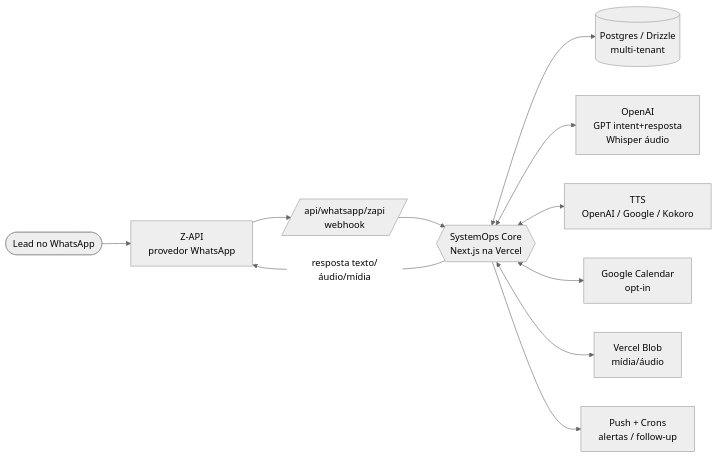
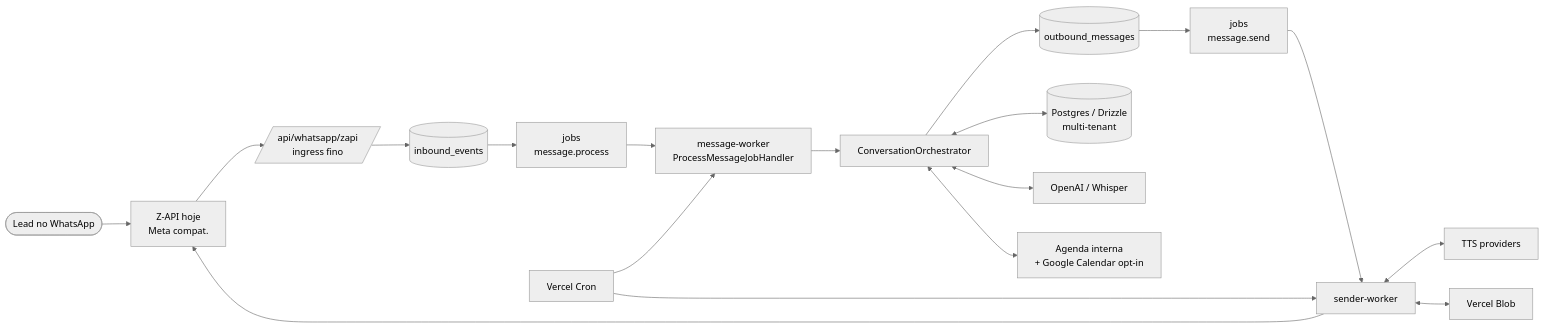
Before and after one commit to BrendonWalefy/systemops-sales-engine: the first of 3 diagrams in docs/architecture/diagrams/README.md, drawn with Mermaid (neutral theme). The commit also changed other lines of this file and 69 other files, not shown here.

````diff
--- a/docs/architecture/diagrams/README.md
+++ b/docs/architecture/diagrams/README.md
@@ -24,13 +23,21 @@
 ```mermaid
 flowchart LR
-    Lead([Lead no WhatsApp]) --> ZAPI[Z-API\nprovedor WhatsApp]
-    ZAPI --> WH[/api/whatsapp/zapi\nwebhook/]
-    WH --> SO{{SystemOps Core\nNext.js na Vercel}}
-    SO -->|resposta texto/áudio/mídia| ZAPI
-    SO <--> DB[(Postgres / Drizzle\nmulti-tenant)]
-    SO <--> OAI[OpenAI\nGPT intent+resposta\nWhisper áudio]
-    SO <--> TTS[TTS\nOpenAI / Google / Kokoro]
-    SO <--> GC[Google Calendar\nopt-in]
-    SO <--> BLOB[Vercel Blob\nmídia/áudio]
-    SO --> PUSH[Push + Crons\nalertas / follow-up]
+    Lead([Lead no WhatsApp]) --> WA[Z-API hoje<br>Meta compat.]
+    WA --> IN[/api/whatsapp/zapi<br>ingress fino/]
+    IN --> EV[(inbound_events)]
+    EV --> Q1[jobs<br>message.process]
+    Q1 --> MW[message-worker<br>ProcessMessageJobHandler]
+    MW --> ORCH[ConversationOrchestrator]
+    ORCH --> Q2[(outbound_messages)]
+    Q2 --> J2[jobs<br>message.send]
+    J2 --> SW[sender-worker]
+    SW --> WA
+
+    ORCH <--> DB[(Postgres / Drizzle<br>multi-tenant)]
+    ORCH <--> OAI[OpenAI / Whisper]
+    SW <--> TTS[TTS providers]
+    SW <--> BLOB[Vercel Blob]
+    ORCH <--> GC[Agenda interna<br>+ Google Calendar opt-in]
+    CRON[Vercel Cron] --> MW
+    CRON --> SW
 ```
````
